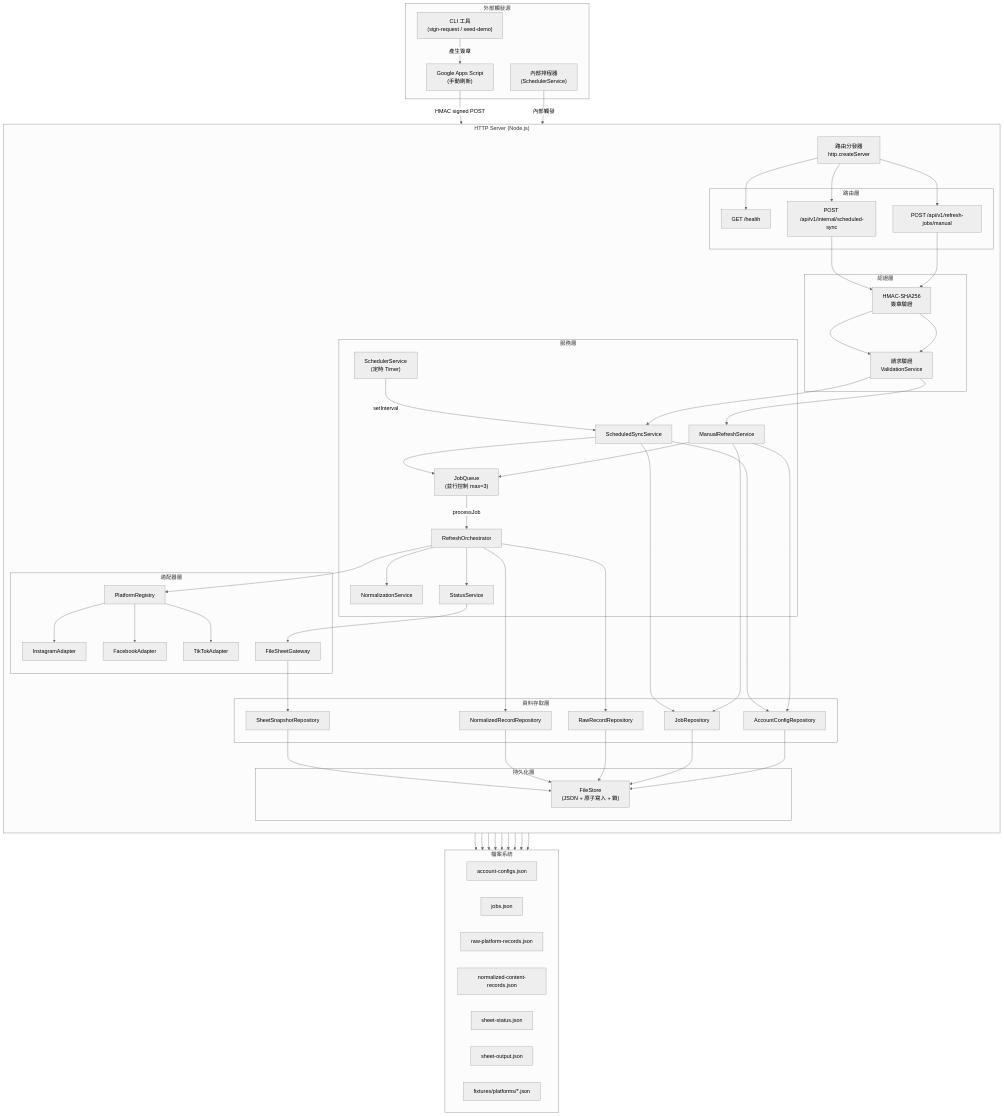
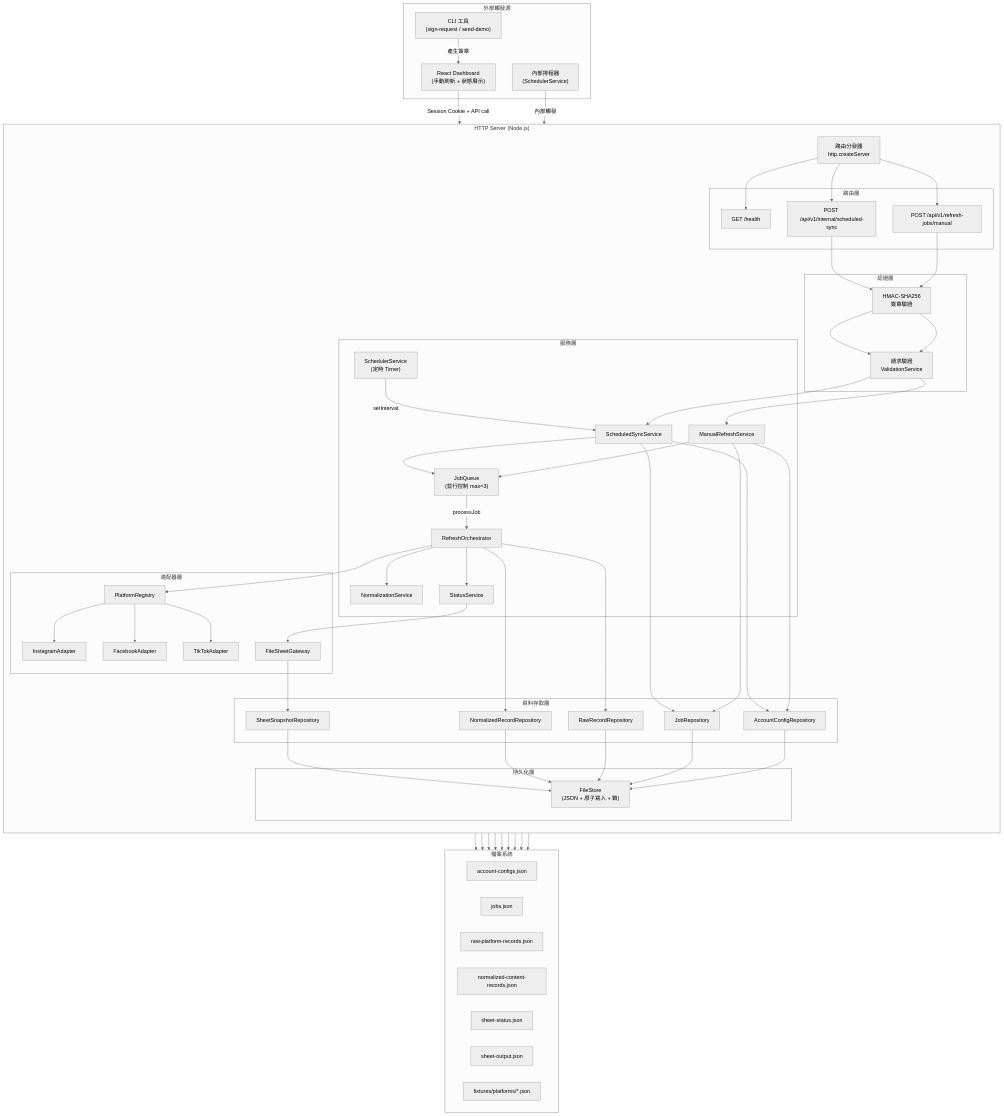
The first of 13 diagrams in docs/architecture-report.md (ch3n0297/Tsukiyo_Data), drawn with Mermaid (neutral theme) before and after one commit. The commit also changed other lines of this file and 3 other files, not shown here.

First line of the commit message:
docs: update architecture report and move draft.md to docs/

````diff
--- a/docs/architecture-report.md
+++ b/docs/architecture-report.md
@@ -27,7 +27,7 @@
 ```mermaid
 graph TB
     subgraph External["外部觸發源"]
-        GAS["Google Apps Script<br/>(手動刷新)"]
+        DASH["React Dashboard<br/>(手動刷新 + 狀態展示)"]
         CRON["內部排程器<br/>(SchedulerService)"]
         CLI["CLI 工具<br/>(sign-request / seed-demo)"]
     end
@@ -89,9 +89,9 @@
         FIX["fixtures/platforms/*.json"]
     end
 
-    GAS -->|HMAC signed POST| MR
+    DASH -->|Session Cookie + API call| MR
     CRON -->|內部觸發| SR
-    CLI -->|產生簽章| GAS
+    CLI -->|產生簽章| DASH
 
     Router --> HR & MR & SR
     MR --> HMAC --> VAL --> MRS
````
